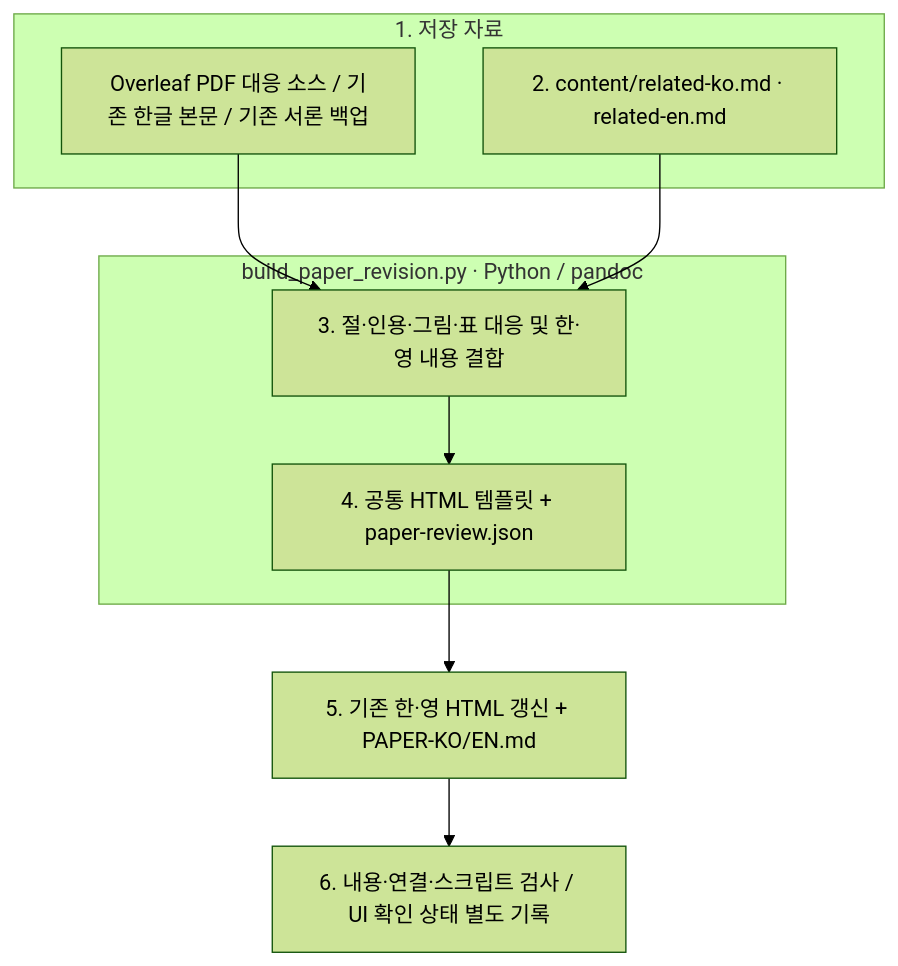
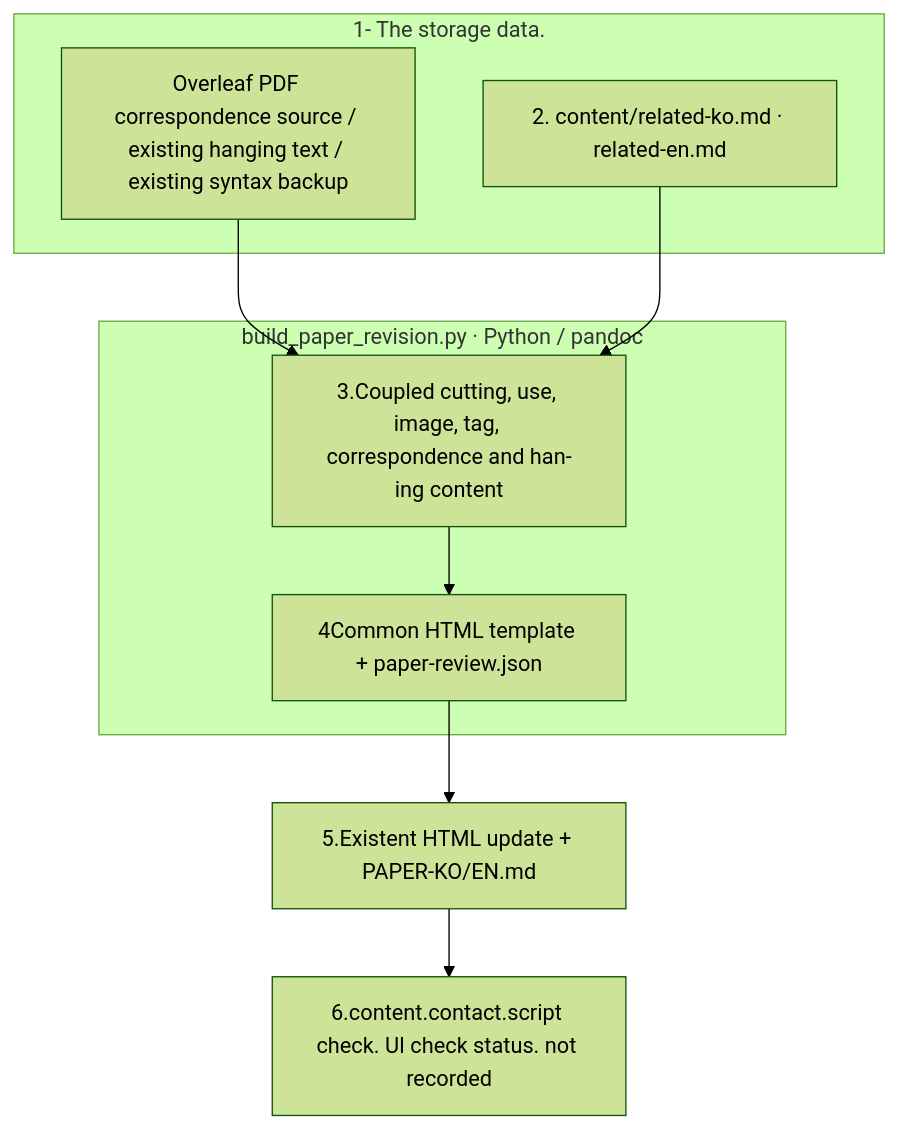
The diagram in src/finarch/documentation/templates/research/paper-revision-readme.md (pnu-clink/finject), drawn with Mermaid (forest theme) before and after one commit. The commit also changed other lines of this file and 644 other files, not shown here.

````diff
--- a/src/finarch/documentation/templates/research/paper-revision-readme.md
+++ b/src/finarch/documentation/templates/research/paper-revision-readme.md
@@ -28,16 +28,16 @@
 ```mermaid
 flowchart TD
-  subgraph inputs["1. 저장 자료"]
-    A["Overleaf PDF 대응 소스 / 기존 한글 본문 / 기존 서론 백업"]
+  subgraph inputs["1- The storage data."]
+    A["Overleaf PDF correspondence source / existing hanging text / existing syntax backup"]
     B["2. content/related-ko.md · related-en.md"]
   end
   subgraph build["build_paper_revision.py · Python / pandoc"]
-    C["3. 절·인용·그림·표 대응 및 한·영 내용 결합"]
-    D["4. 공통 HTML 템플릿 + paper-review.json"]
+    C["3.Coupled cutting, use, image, tag, correspondence and han-ing content"]
+    D["4Common HTML template + paper-review.json"]
   end
-  E["5. 기존 한·영 HTML 갱신 + PAPER-KO/EN.md"]
-  F["6. 내용·연결·스크립트 검사 / UI 확인 상태 별도 기록"]
+  E["5.Existent HTML update + PAPER-KO/EN.md"]
+  F["6.content.contact.script check. UI check status. not recorded"]
   A --> C
   B --> C
   C --> D --> E --> F
 ```
````
